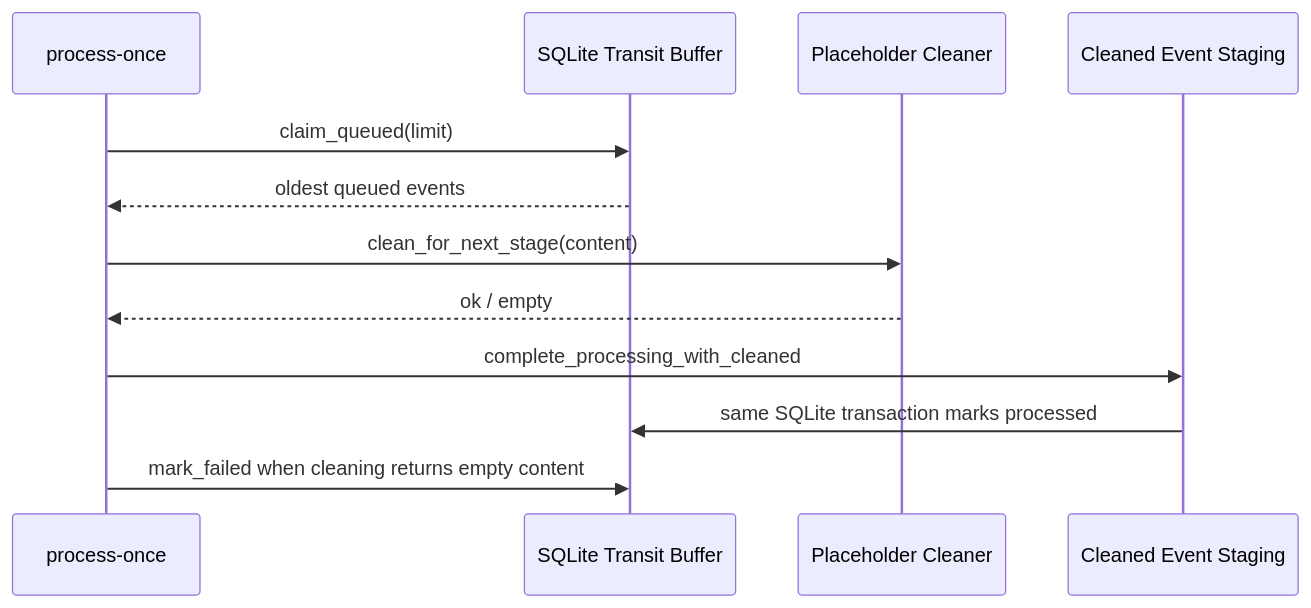
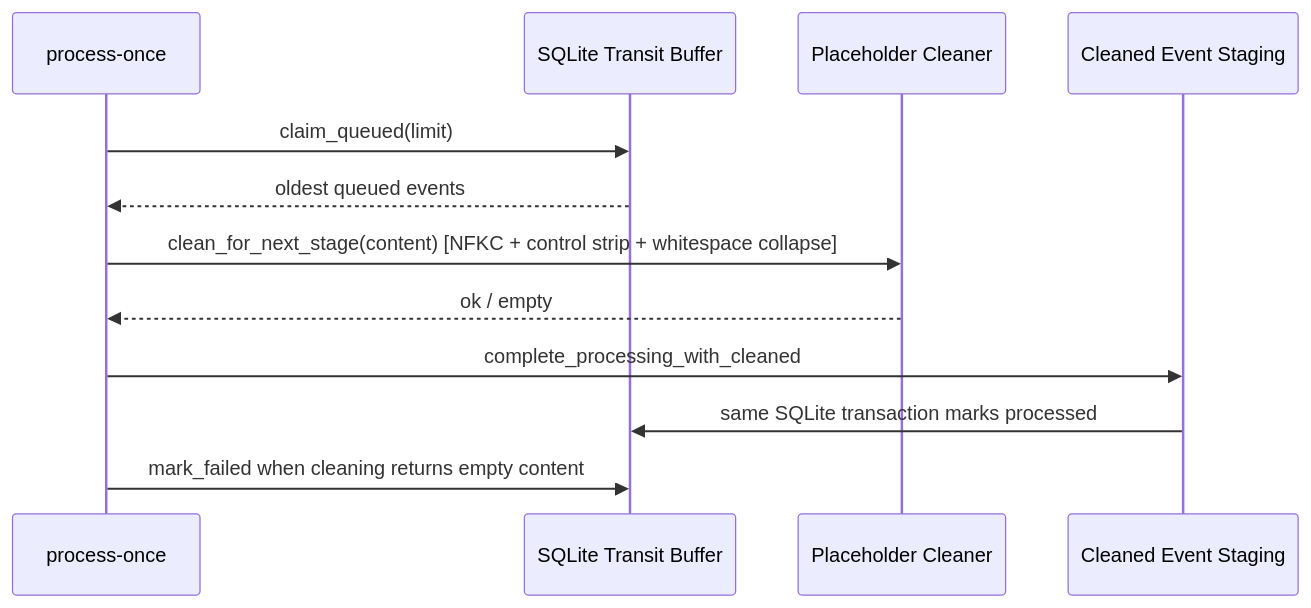
One commit to FiNdAlMkSkInDaL/Identity changed the seventh of 15 diagrams in docs/system-map.md. Above: the diagram before and after it, drawn with Mermaid. The commit also changed other lines of this file and 12 other files, not shown here.

````diff
--- a/docs/system-map.md
+++ b/docs/system-map.md
@@ -323,15 +325,15 @@
 ```mermaid
 sequenceDiagram
     participant Worker as process-once
     participant Transit as SQLite Transit Buffer
     participant Cleaner as Placeholder Cleaner
     participant Staging as Cleaned Event Staging
 
     Worker->>Transit: claim_queued(limit)
     Transit-->>Worker: oldest queued events
-    Worker->>Cleaner: clean_for_next_stage(content)
+    Worker->>Cleaner: clean_for_next_stage(content) [NFKC + control strip + whitespace collapse]
     Cleaner-->>Worker: ok / empty
     Worker->>Staging: complete_processing_with_cleaned
     Staging->>Transit: same SQLite transaction marks processed
     Worker->>Transit: mark_failed when cleaning returns empty content
 ```
````
